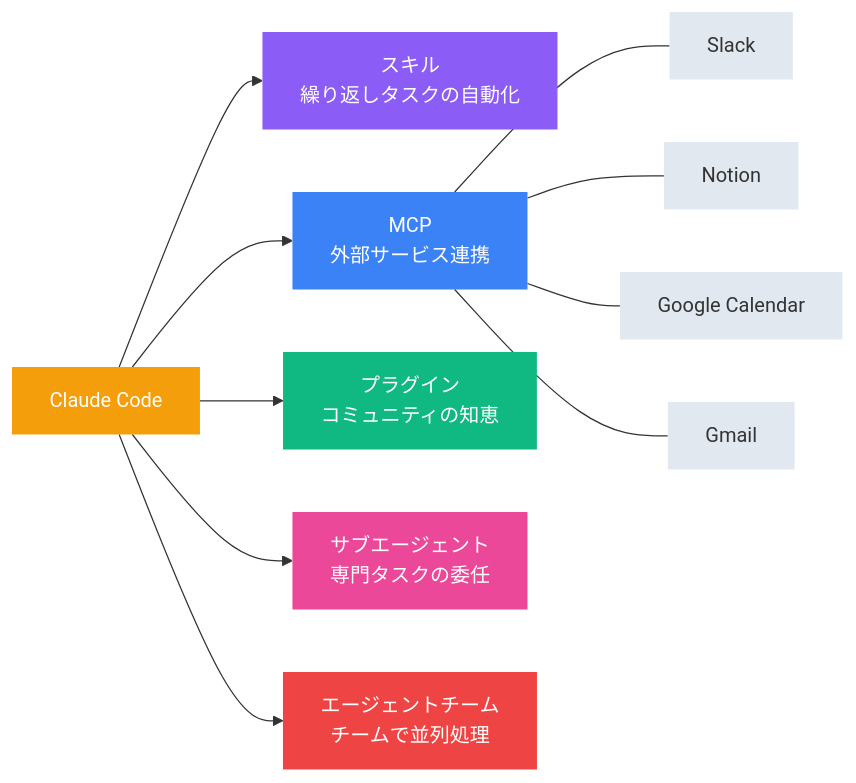
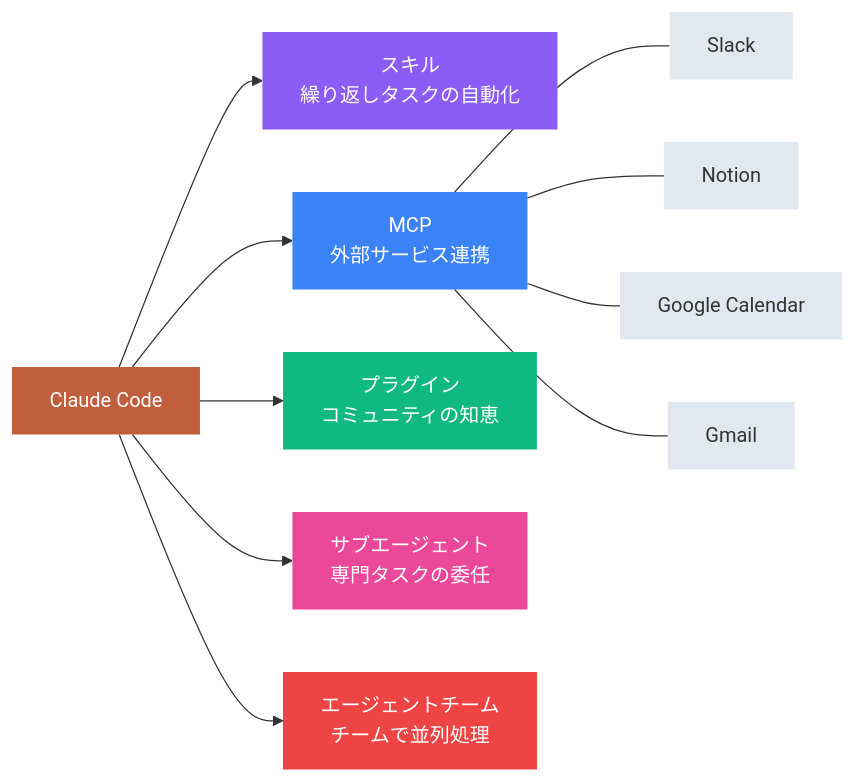
Before and after one commit to masa1023/my-site: the second of 3 diagrams in content/blog/claude-code-guide-overview.md, drawn with Mermaid. The commit also changed other lines of this file, not shown here.

Commit message:
fix: update chart color

````diff
--- a/content/blog/claude-code-guide-overview.md
+++ b/content/blog/claude-code-guide-overview.md
@@ -179,32 +179,32 @@
 ```mermaid
 graph LR
     CC["Claude Code"]
 
     Skills["スキル<br/>繰り返しタスクの自動化"]
     MCP["MCP<br/>外部サービス連携"]
     Plugin["プラグイン<br/>コミュニティの知恵"]
     Sub["サブエージェント<br/>専門タスクの委任"]
     Team["エージェントチーム<br/>チームで並列処理"]
 
     CC --> Skills
     CC --> MCP
     CC --> Plugin
     CC --> Sub
     CC --> Team
 
     MCP --- Slack["Slack"]
     MCP --- Notion["Notion"]
     MCP --- GCal["Google Calendar"]
     MCP --- Gmail["Gmail"]
 
-    style CC fill:#F59E0B,color:#fff,stroke:none
+    style CC fill:#C15F3C,color:#fff,stroke:none
     style Skills fill:#8B5CF6,color:#fff,stroke:none
     style MCP fill:#3B82F6,color:#fff,stroke:none
     style Plugin fill:#10B981,color:#fff,stroke:none
     style Sub fill:#EC4899,color:#fff,stroke:none
     style Team fill:#EF4444,color:#fff,stroke:none
     style Slack fill:#E2E8F0,color:#333,stroke:none
     style GCal fill:#E2E8F0,color:#333,stroke:none
     style Notion fill:#E2E8F0,color:#333,stroke:none
     style Gmail fill:#E2E8F0,color:#333,stroke:none
 ```
````
